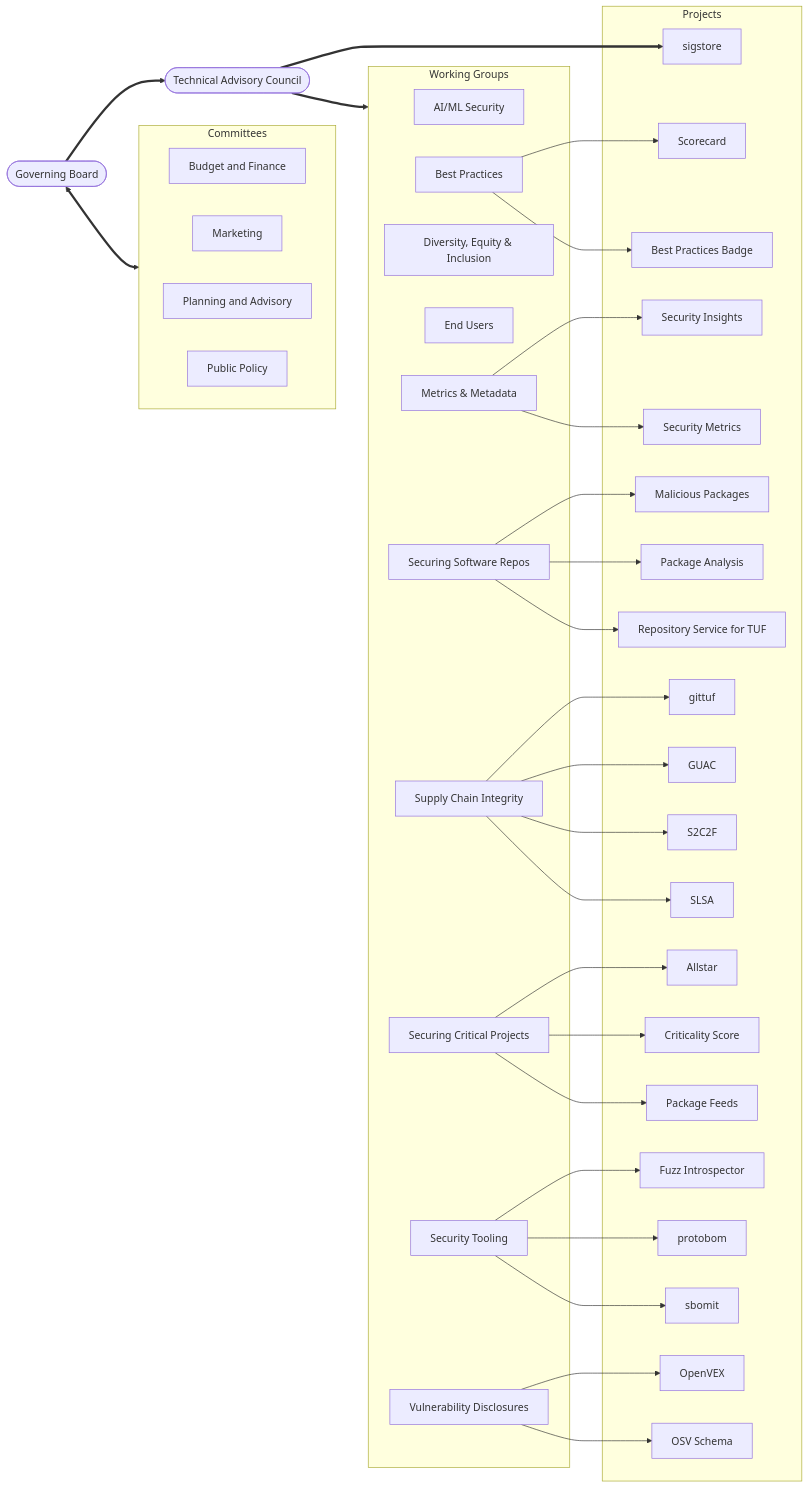
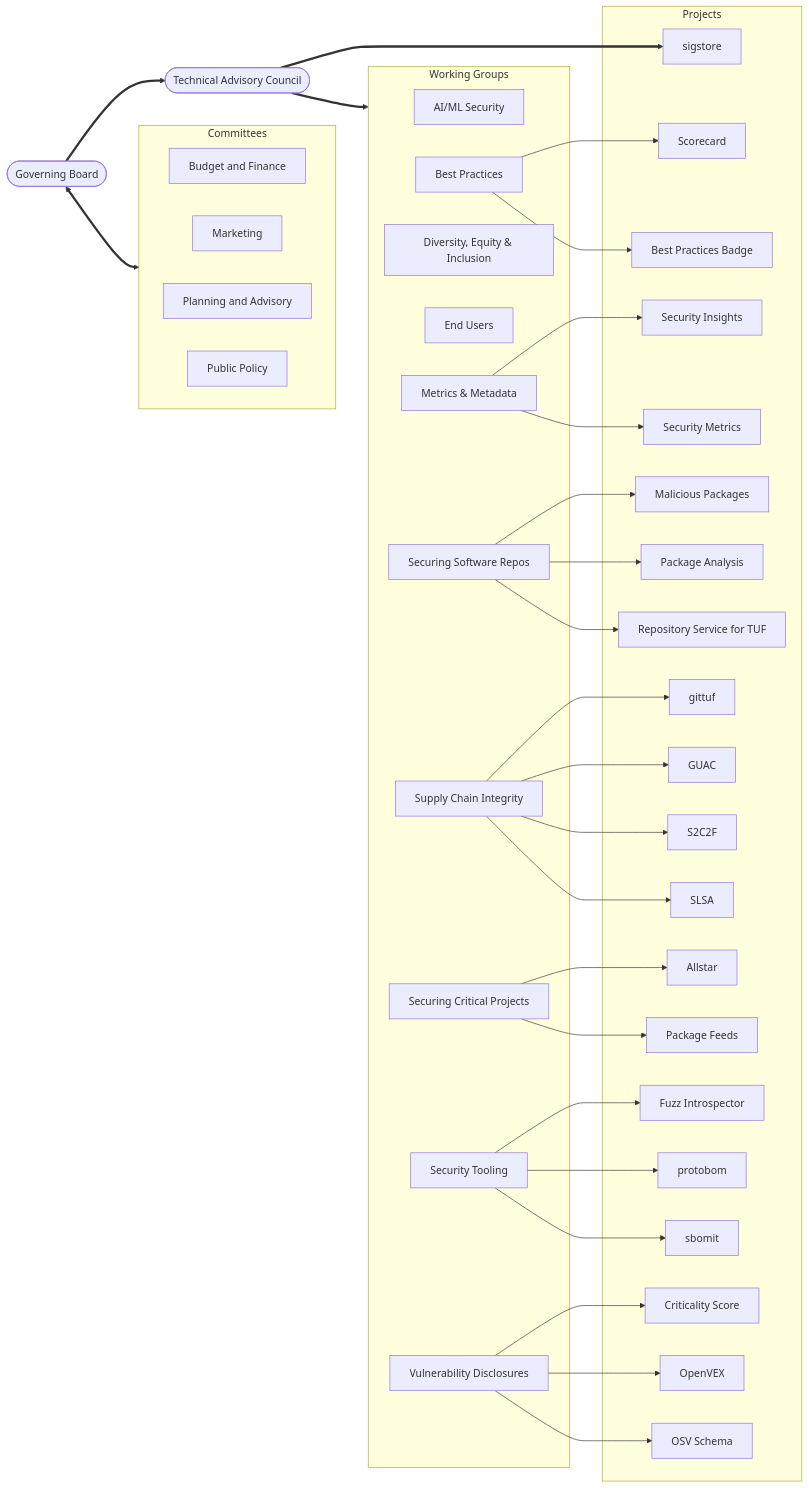
Before and after one commit to ossf/tac: the diagram in organizational-structure-overview.md, drawn with Mermaid. The commit also changed 1 other file, not shown here.

Commit message:
Move Criticality Score under Vulnerability Disclosures WG

````diff
--- a/organizational-structure-overview.md
+++ b/organizational-structure-overview.md
@@ -51,73 +51,73 @@
 ```mermaid
 flowchart LR
     GB([Governing Board])
 
     subgraph subC[Committees]
         direction LR
         Budget[Budget and Finance]
         Market[Marketing]
         Plan[Planning and Advisory]
         Policy[Public Policy]
     end
     GB <==> subC
     GB ==> TAC([Technical Advisory Council])
 
     subgraph WG[Working Groups]
         AI[AI/ML Security]
         BP[Best Practices]
         DEI[Diversity, Equity & Inclusion]
         EU[End Users]
         MM[Metrics & Metadata]
         REP[Securing Software Repos]
         SCI[Supply Chain Integrity]
         SCP[Securing Critical Projects]
         ST[Security Tooling]
         VD[Vulnerability Disclosures]
     end
 
     subgraph projects[Projects]
        Scorecard[Scorecard]
        BPB[Best Practices Badge]
        SI[Security Insights]
        SM[Security Metrics]
        MP[Malicious Packages]
        PA[Package Analysis]
        Rstuf[Repository Service for TUF]
        Gittuf[gittuf]
        GUAC[GUAC]
        SLSA[SLSA]
        S2C2F
        Allstar[Allstar]
        Sigstore[sigstore]
-       CS[Criticality Score]
        PF[Package Feeds]
        FI[Fuzz Introspector]
        Protobom[protobom]
        Sbomit[sbomit]
+       CS[Criticality Score]
        OpenVEX[OpenVEX]
        OSV[OSV Schema]
     end
 
     TAC ==> WG
     TAC ==> Sigstore
 
     BP --> Scorecard
     BP --> BPB
     MM --> SI
     MM --> SM
     REP --> MP
     REP --> PA
     REP --> Rstuf
     SCI --> Gittuf
     SCI --> GUAC
     SCI --> S2C2F
     SCI --> SLSA
     SCP --> Allstar
-    SCP --> CS
     SCP --> PF
     ST --> FI
     ST --> Protobom
     ST --> Sbomit
+    VD --> CS
     VD --> OpenVEX
     VD --> OSV
 ```
````
